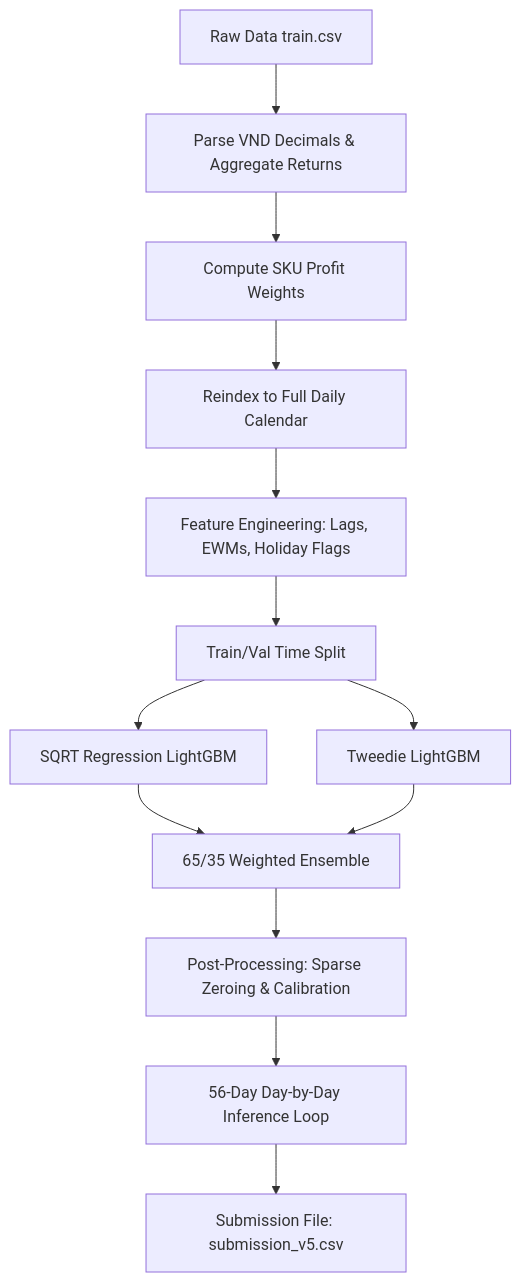
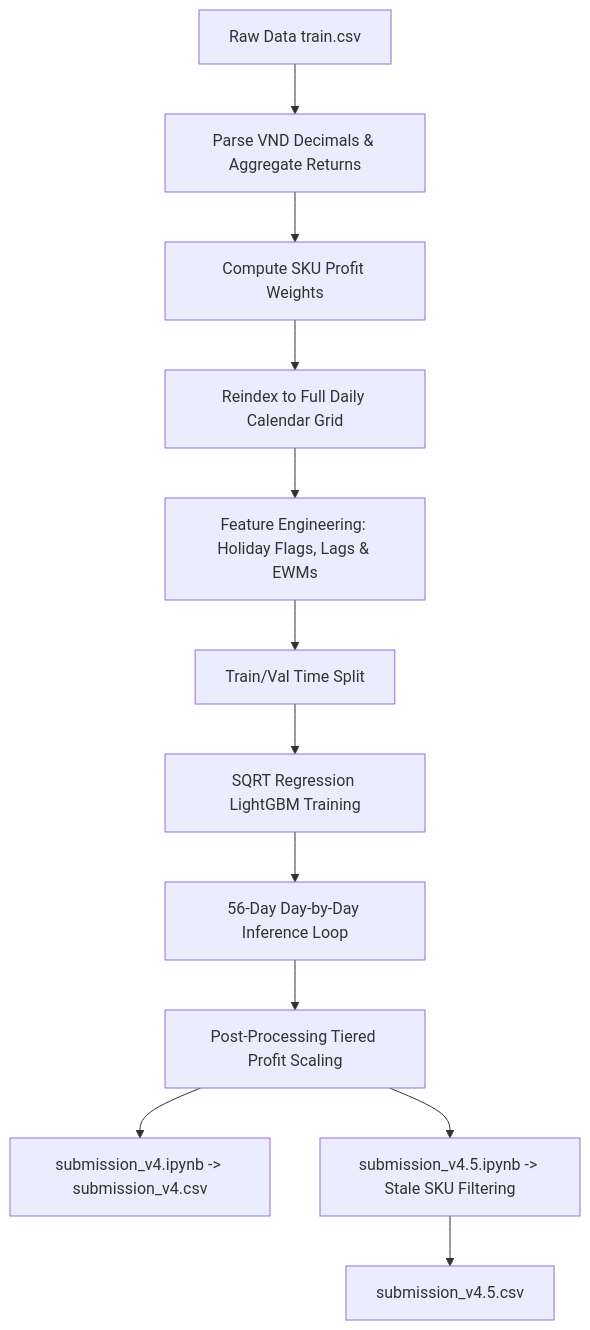
Before and after one commit to minhtu391811/kaggle_hbaac_2026: the diagram in README.md, drawn with Mermaid. The commit also changed other lines of this file and 5 other files, not shown here.

````diff
--- a/README.md
+++ b/README.md
@@ -38,15 +48,14 @@
 ```mermaid
 graph TD
     A[Raw Data train.csv] --> B[Parse VND Decimals & Aggregate Returns]
     B --> C[Compute SKU Profit Weights]
-    C --> D[Reindex to Full Daily Calendar]
-    D --> E[Feature Engineering: Lags, EWMs, Holiday Flags]
+    C --> D[Reindex to Full Daily Calendar Grid]
+    D --> E[Feature Engineering: Holiday Flags, Lags & EWMs]
     E --> F[Train/Val Time Split]
-    F --> G1[SQRT Regression LightGBM]
-    F --> G2[Tweedie LightGBM]
-    G1 --> H[65/35 Weighted Ensemble]
-    G2 --> H
-    H --> I[Post-Processing: Sparse Zeroing & Calibration]
-    I --> J[56-Day Day-by-Day Inference Loop]
-    J --> K[Submission File: submission_v5.csv]
+    F --> G[SQRT Regression LightGBM Training]
+    G --> H[56-Day Day-by-Day Inference Loop]
+    H --> I[Post-Processing Tiered Profit Scaling]
+    I --> J1[submission_v4.ipynb -> submission_v4.csv]
+    I --> J2[submission_v4.5.ipynb -> Stale SKU Filtering]
+    J2 --> K[submission_v4.5.csv]
 ```
````
